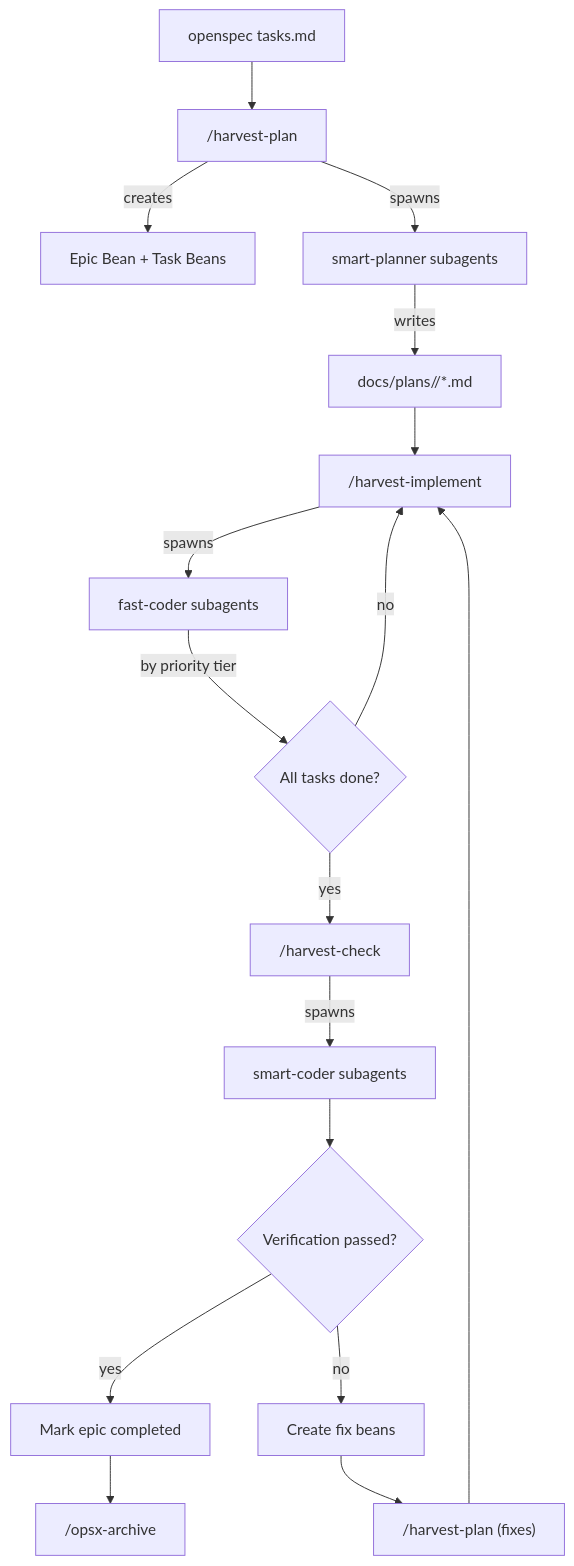
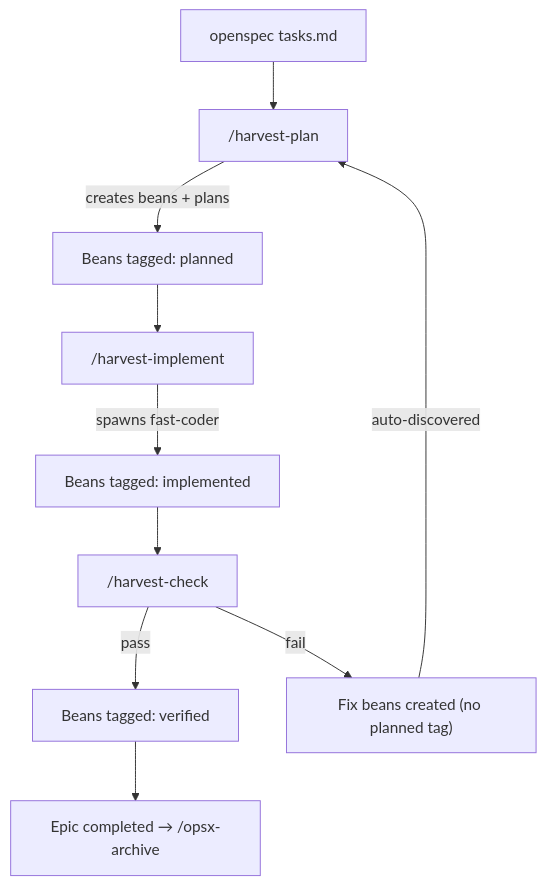
The diagram in docs/workflows/harvest-system.md (hungphongtrn/minerva), drawn with Mermaid before and after one commit. The commit also changed other lines of this file and 13 other files, not shown here.

````diff
--- a/docs/workflows/harvest-system.md
+++ b/docs/workflows/harvest-system.md
@@ -11,19 +7,12 @@
 ```mermaid
 flowchart TD
     A["openspec tasks.md"] --> B["/harvest-plan"]
-    B -->|"creates"| C["Epic Bean + Task Beans"]
-    B -->|"spawns"| D["smart-planner subagents"]
-    D -->|"writes"| E["docs/plans/<change>/*.md"]
-    E --> F["/harvest-implement"]
-    F -->|"spawns"| G["fast-coder subagents"]
-    G -->|"by priority tier"| H{"All tasks done?"}
-    H -->|yes| I["/harvest-check"]
-    H -->|no| F
-    I -->|"spawns"| J["smart-coder subagents"]
-    J --> K{"Verification passed?"}
-    K -->|yes| L["Mark epic completed"]
-    K -->|no| M["Create fix beans"]
-    M --> B2["/harvest-plan (fixes)"]
-    B2 --> F
-    L --> N["/opsx-archive"]
+    B -->|"creates beans + plans"| C["Beans tagged: planned"]
+    C --> D["/harvest-implement"]
+    D -->|"spawns fast-coder"| E["Beans tagged: implemented"]
+    E --> F["/harvest-check"]
+    F -->|"pass"| G["Beans tagged: verified"]
+    F -->|"fail"| H["Fix beans created (no planned tag)"]
+    H -->|"auto-discovered"| B
+    G --> I["Epic completed → /opsx-archive"]
 ```
````
